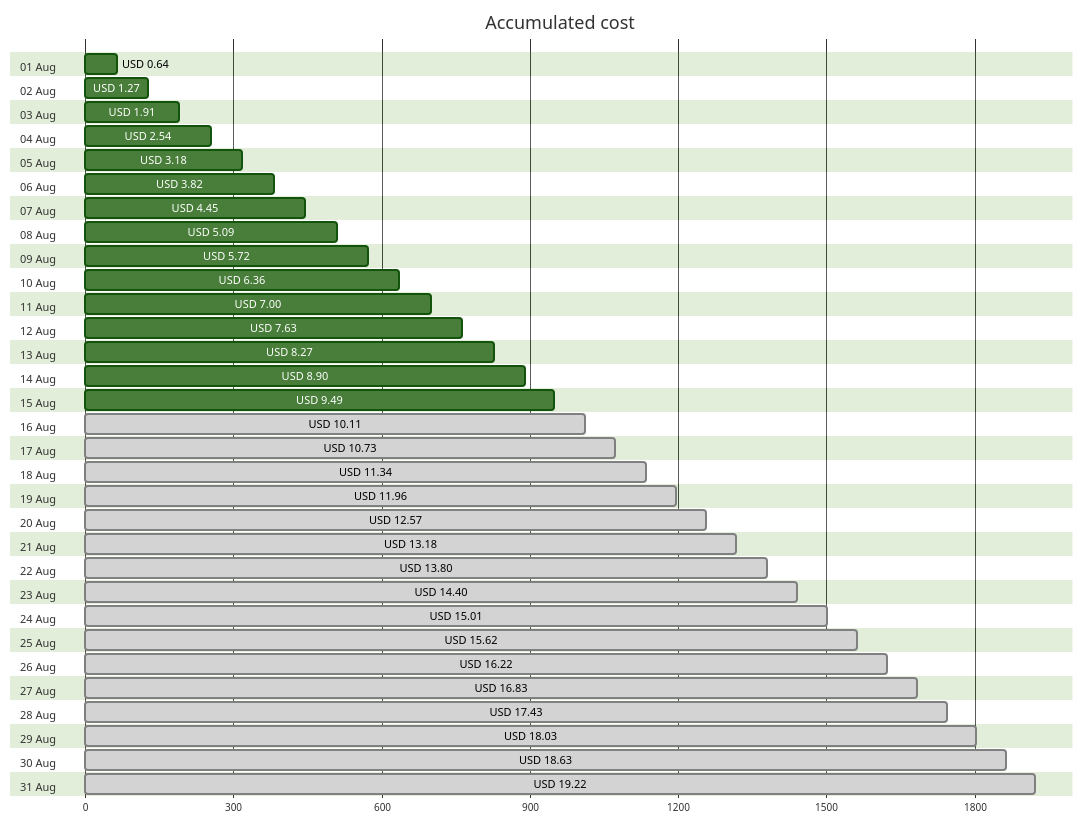
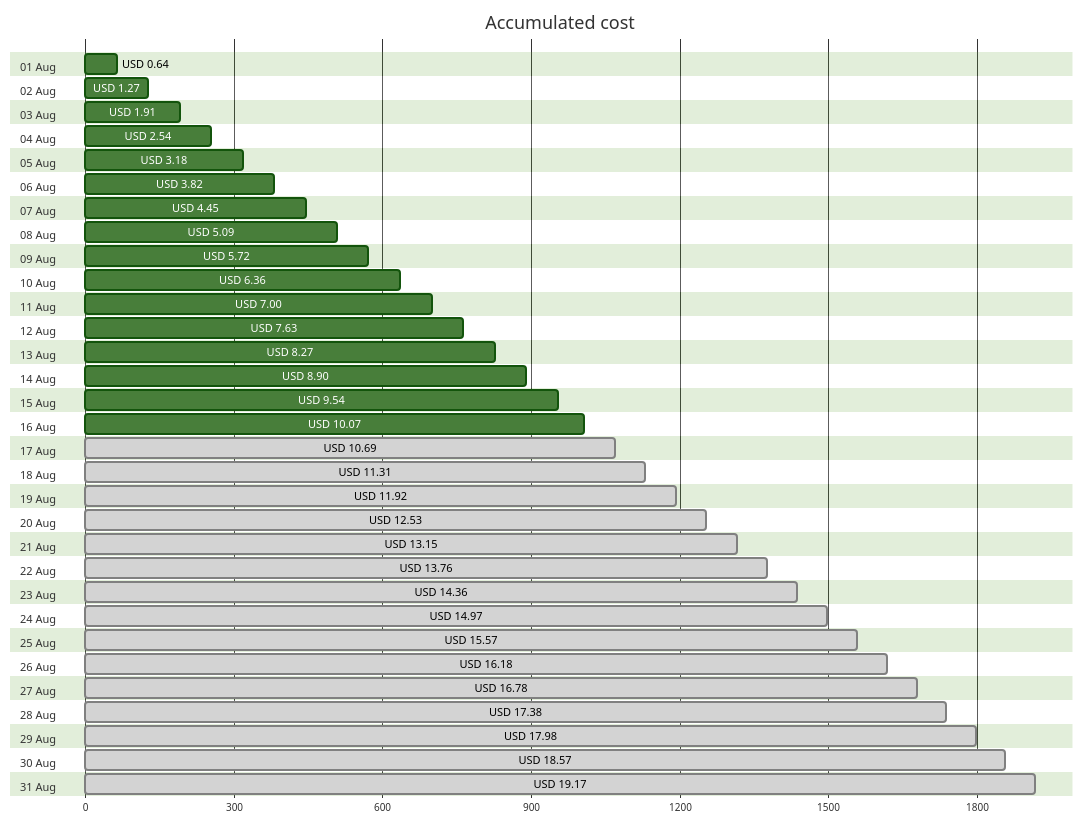
Before and after one commit to jpfulton/azure-personal-reports: the first of 4 diagrams in cost-reports/accumulated-cost.md, drawn with Mermaid (forest theme). The commit also changed other lines of this file and 4 other files, not shown here.

````diff
--- a/cost-reports/accumulated-cost.md
+++ b/cost-reports/accumulated-cost.md
@@ -20,68 +20,68 @@
 ```mermaid
 gantt
    title Accumulated cost
    dateFormat  X
    axisFormat %s
    section 01 Aug
    USD 0.64 :0, 64
    section 02 Aug
    USD 1.27 :0, 127
    section 03 Aug
    USD 1.91 :0, 191
    section 04 Aug
    USD 2.54 :0, 254
    section 05 Aug
    USD 3.18 :0, 318
    section 06 Aug
    USD 3.82 :0, 382
    section 07 Aug
    USD 4.45 :0, 445
    section 08 Aug
    USD 5.09 :0, 509
    section 09 Aug
    USD 5.72 :0, 572
    section 10 Aug
    USD 6.36 :0, 636
    section 11 Aug
    USD 7.00 :0, 700
    section 12 Aug
    USD 7.63 :0, 763
    section 13 Aug
    USD 8.27 :0, 827
    section 14 Aug
    USD 8.90 :0, 890
    section 15 Aug
-   USD 9.49 :0, 949
+   USD 9.54 :0, 954
    section 16 Aug
-   USD 10.11 : done, 0, 1011
+   USD 10.07 :0, 1007
    section 17 Aug
-   USD 10.73 : done, 0, 1073
+   USD 10.69 : done, 0, 1069
    section 18 Aug
-   USD 11.34 : done, 0, 1134
+   USD 11.31 : done, 0, 1131
    section 19 Aug
-   USD 11.96 : done, 0, 1196
+   USD 11.92 : done, 0, 1192
    section 20 Aug
-   USD 12.57 : done, 0, 1257
+   USD 12.53 : done, 0, 1253
    section 21 Aug
-   USD 13.18 : done, 0, 1318
+   USD 13.15 : done, 0, 1315
    section 22 Aug
-   USD 13.80 : done, 0, 1380
+   USD 13.76 : done, 0, 1376
    section 23 Aug
-   USD 14.40 : done, 0, 1440
+   USD 14.36 : done, 0, 1436
    section 24 Aug
-   USD 15.01 : done, 0, 1501
+   USD 14.97 : done, 0, 1497
    section 25 Aug
-   USD 15.62 : done, 0, 1562
+   USD 15.57 : done, 0, 1557
    section 26 Aug
-   USD 16.22 : done, 0, 1622
+   USD 16.18 : done, 0, 1618
    section 27 Aug
-   USD 16.83 : done, 0, 1683
+   USD 16.78 : done, 0, 1678
    section 28 Aug
-   USD 17.43 : done, 0, 1743
+   USD 17.38 : done, 0, 1738
    section 29 Aug
-   USD 18.03 : done, 0, 1803
+   USD 17.98 : done, 0, 1798
    section 30 Aug
-   USD 18.63 : done, 0, 1863
+   USD 18.57 : done, 0, 1857
    section 31 Aug
-   USD 19.22 : done, 0, 1922
+   USD 19.17 : done, 0, 1917
 ```
````
